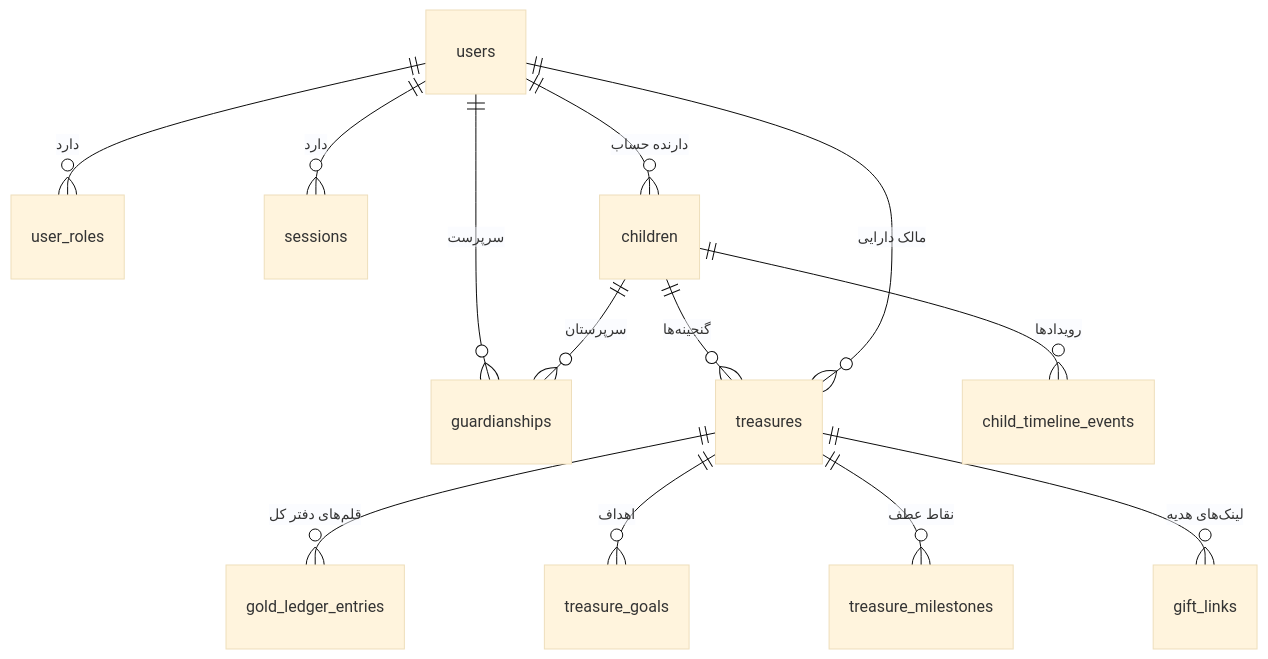
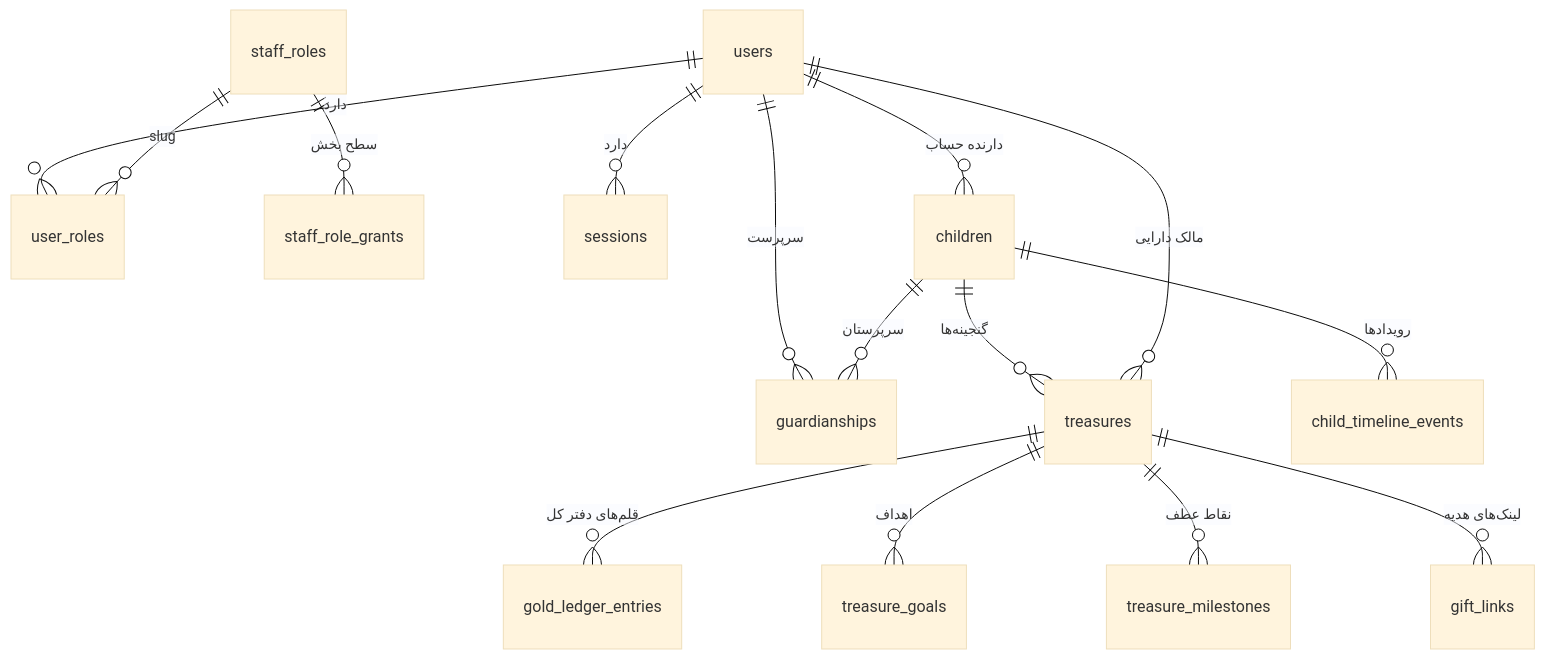
The first of 5 diagrams in docs/02-domain/erd.md (aicenter320-del/7manzome), drawn with Mermaid (base theme) before and after one commit. The commit also changed 57 other files, not shown here.

````diff
--- a/docs/02-domain/erd.md
+++ b/docs/02-domain/erd.md
@@ -7,15 +7,17 @@
 ```mermaid
 erDiagram
     users ||--o{ user_roles : "دارد"
+    staff_roles ||--o{ staff_role_grants : "سطح بخش"
+    staff_roles ||--o{ user_roles : "slug"
     users ||--o{ sessions : "دارد"
     users ||--o{ children : "دارنده حساب"
     users ||--o{ guardianships : "سرپرست"
     children ||--o{ guardianships : "سرپرستان"
     children ||--o{ treasures : "گنجینه‌ها"
     children ||--o{ child_timeline_events : "رویدادها"
     treasures ||--o{ gold_ledger_entries : "قلم‌های دفتر کل"
     treasures ||--o{ treasure_goals : "اهداف"
     treasures ||--o{ treasure_milestones : "نقاط عطف"
     treasures ||--o{ gift_links : "لینک‌های هدیه"
     users ||--o{ treasures : "مالک دارایی"
 ```
````
